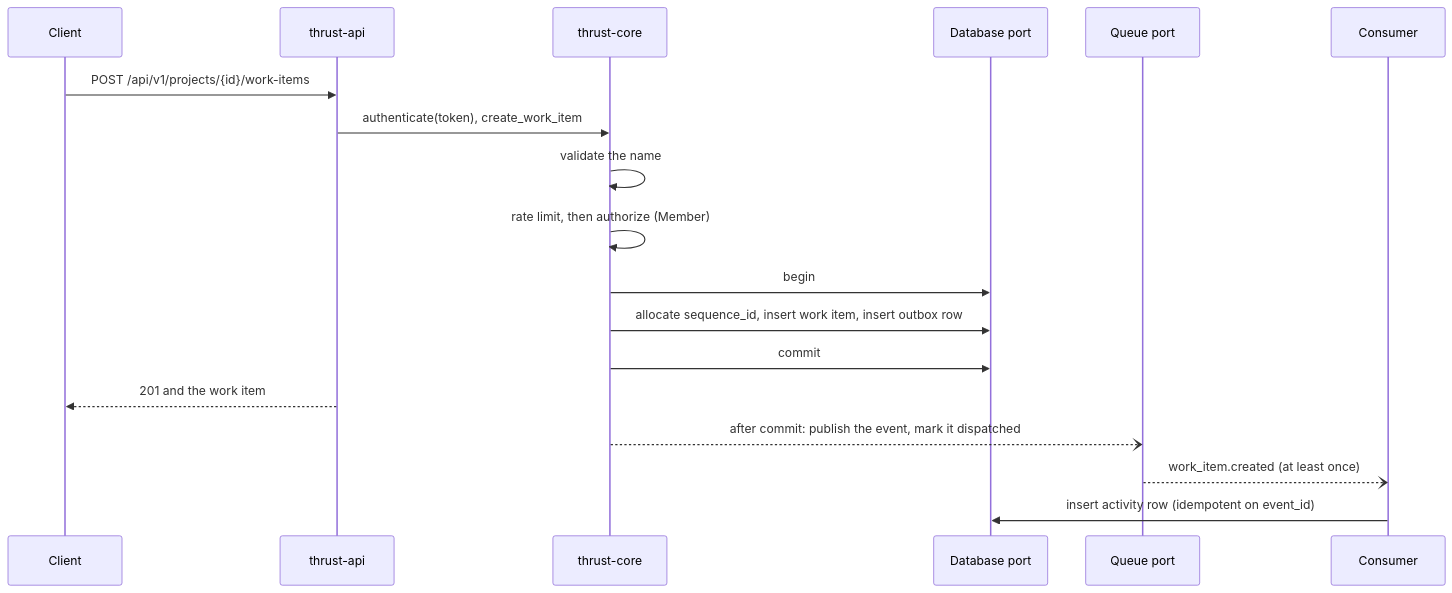
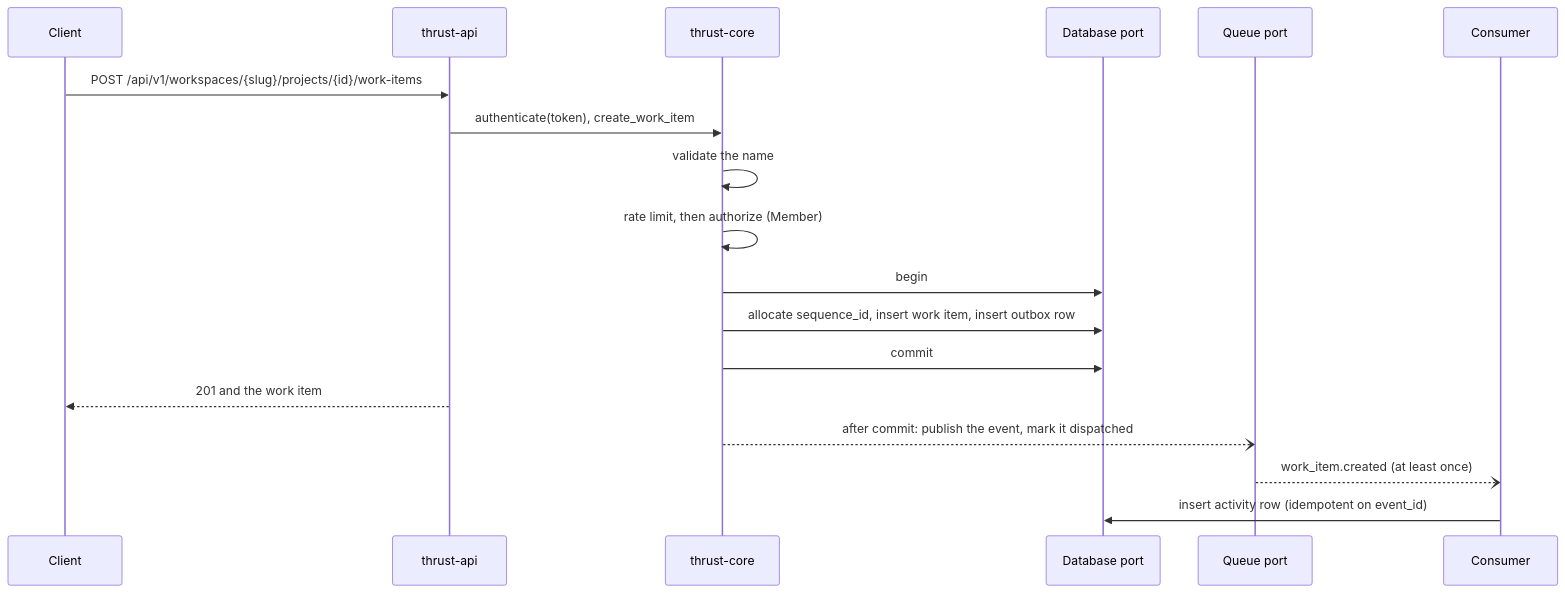
The diagram in docs/src/flows/app.md (aRustyDev/thrust), drawn with Mermaid before and after one commit. The commit also changed other lines of this file and 14 other files, not shown here.

````diff
--- a/docs/src/flows/app.md
+++ b/docs/src/flows/app.md
@@ -67,21 +88,21 @@
 ```mermaid
 sequenceDiagram
   participant C as Client
   participant A as thrust-api
   participant K as thrust-core
   participant D as Database port
   participant Q as Queue port
   participant E as Consumer
 
-  C->>A: POST /api/v1/projects/{id}/work-items
+  C->>A: POST /api/v1/workspaces/{slug}/projects/{id}/work-items
   A->>K: authenticate(token), create_work_item
   K->>K: validate the name
   K->>K: rate limit, then authorize (Member)
   K->>D: begin
   K->>D: allocate sequence_id, insert work item, insert outbox row
   K->>D: commit
   A-->>C: 201 and the work item
   K--)Q: after commit: publish the event, mark it dispatched
   Q--)E: work_item.created (at least once)
   E->>D: insert activity row (idempotent on event_id)
 ```
````
